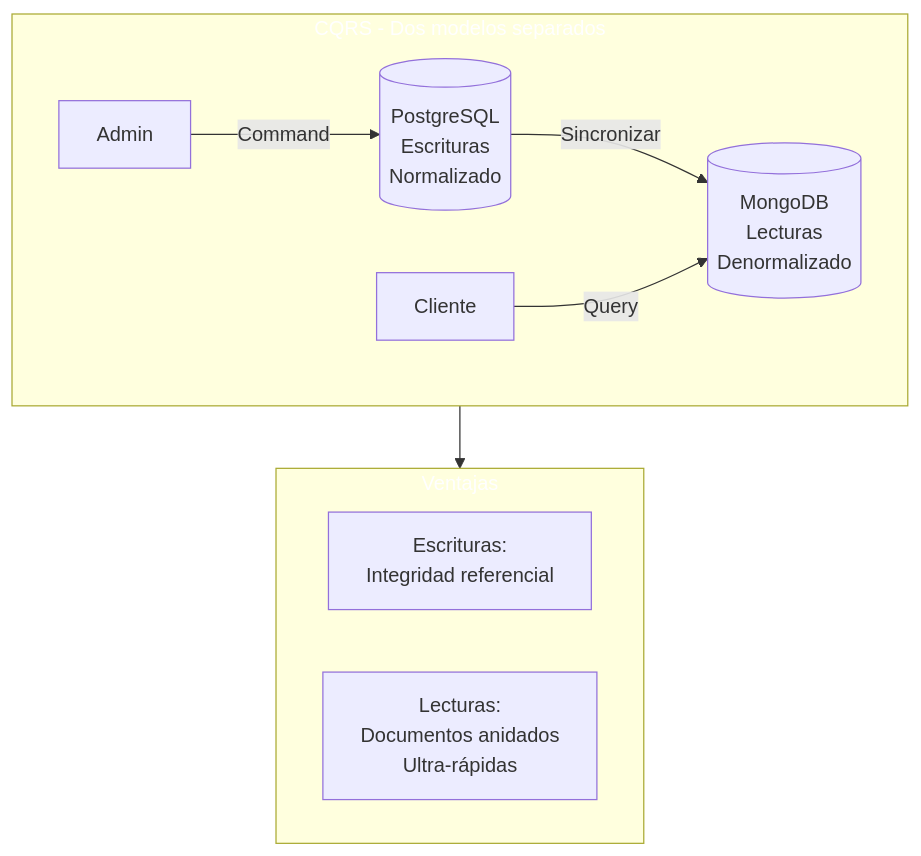
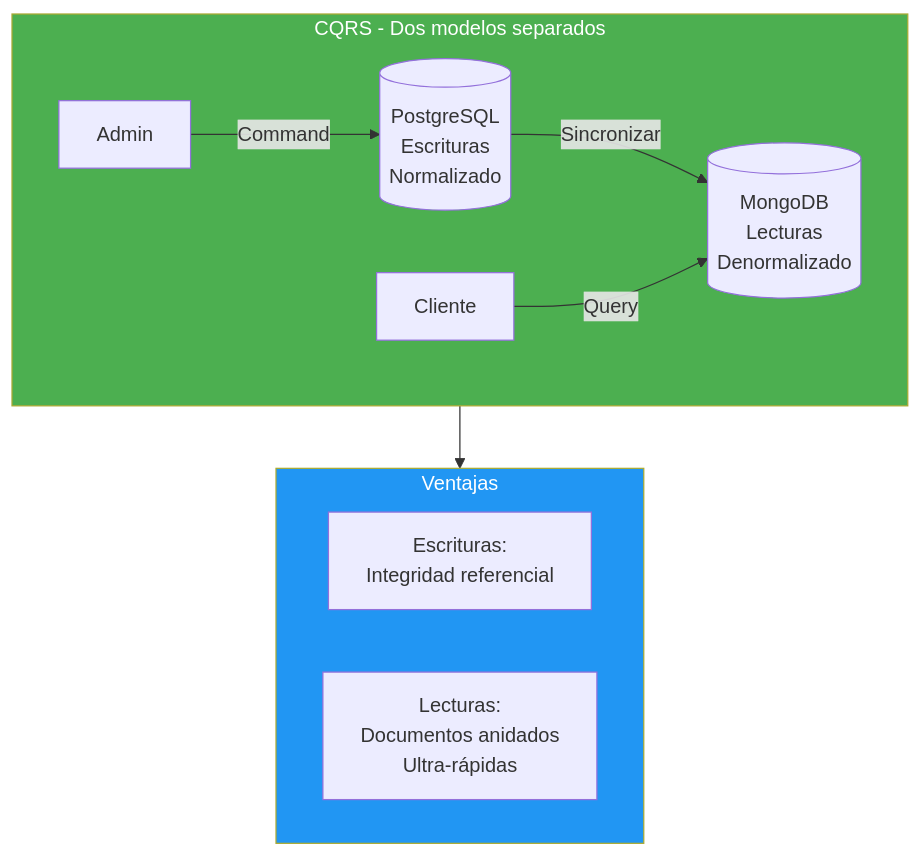
The fourth of 24 diagrams in 30-cqrs-mediator.md (joseluisgs/DesarrolloWebEntornosServidor-02-2026-2027), drawn with Mermaid before and after one commit. The commit also changed other lines of this file and 29 other files, not shown here.

Commit message:
docs: corregir estilos Mermaid y estilo, quitar referencias a la Tienda y reestructurar los retos 13 y 15

````diff
--- a/30-cqrs-mediator.md
+++ b/30-cqrs-mediator.md
@@ -264,18 +264,18 @@
 ```mermaid
 flowchart TD
     subgraph CQRS["CQRS - Dos modelos separados"]
         A[Admin] -->|Command| B[(PostgreSQL\nEscrituras\nNormalizado)]
         B -->|Sincronizar| C[(MongoDB\nLecturas\nDenormalizado)]
         D[Cliente] -->|Query| C
     end
 
     subgraph VENTAJAS["Ventajas"]
         V1["Escrituras:\nIntegridad referencial"]
         V2["Lecturas:\nDocumentos anidados\nUltra-rápidas"]
     end
 
     CQRS --> VENTAJAS
 
-    style CQRS fill:#4CAF5,color:#fff0,color:#fff
-    style VENTAJAS fill:#2196F,color:#fff3,color:#fff
+    style CQRS fill:#4CAF50,color:#fff
+    style VENTAJAS fill:#2196F3,color:#fff
 ```
````
